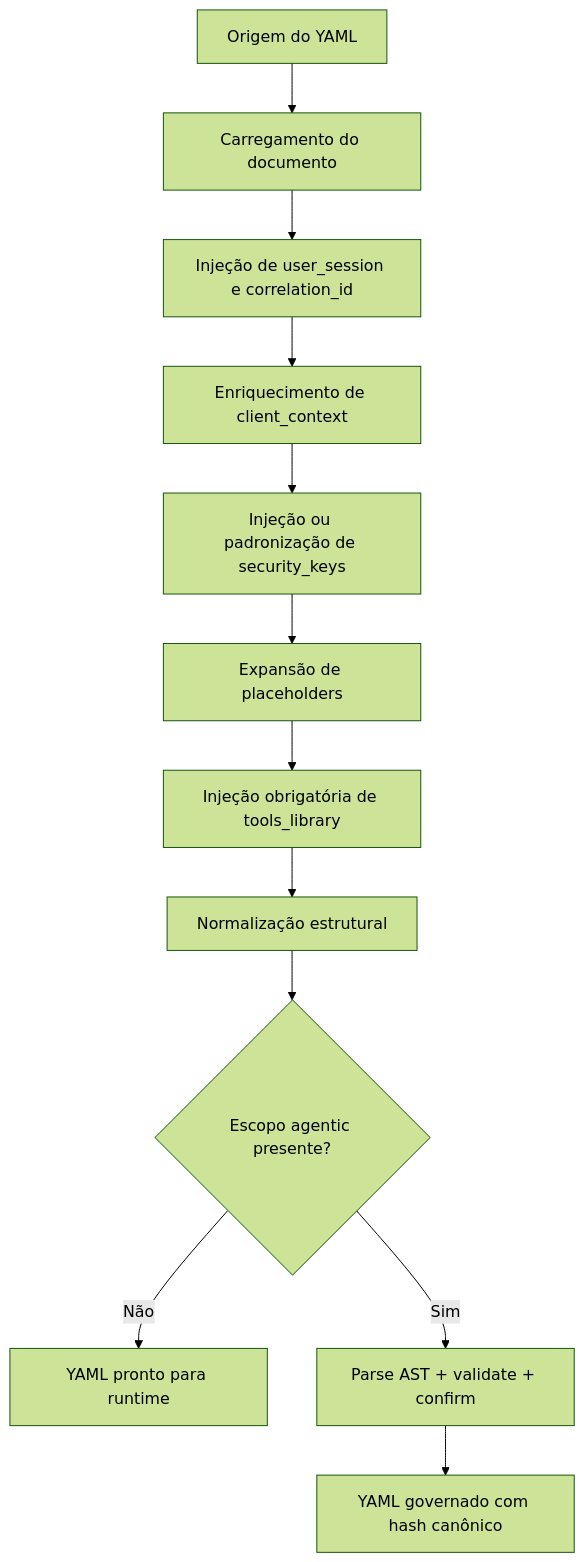
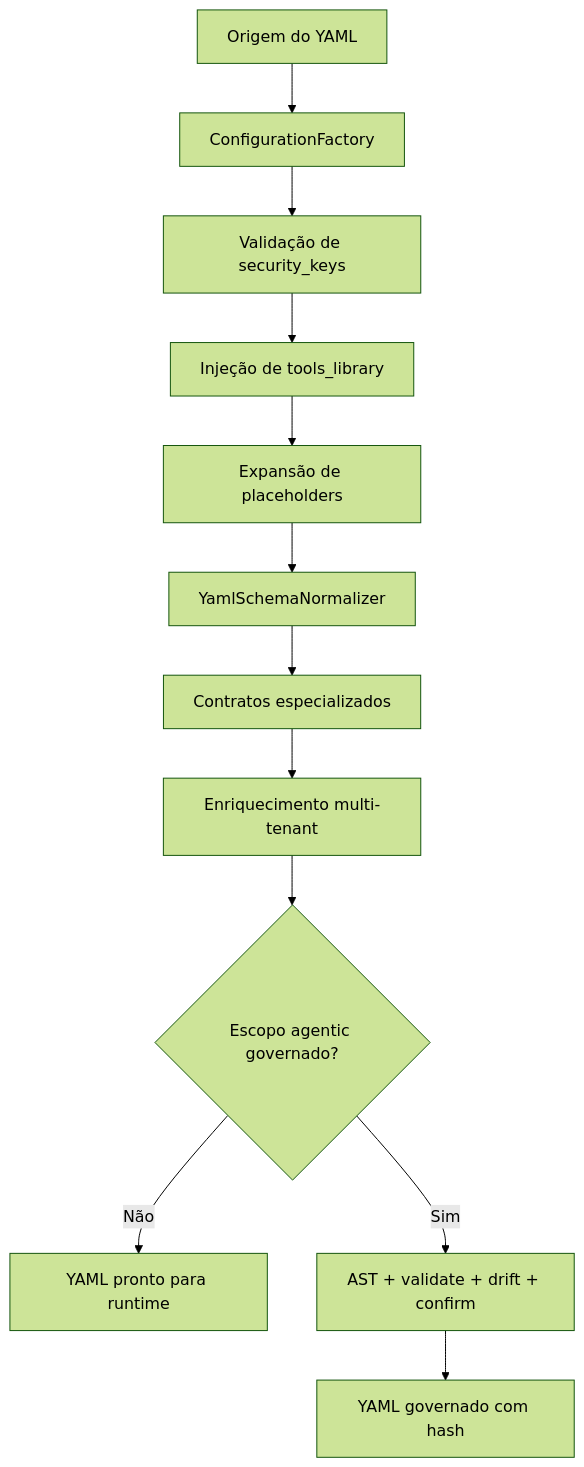
Before and after one commit to MEDIUM-FOOD/linx-food-docs: the first of 2 diagrams in docs/README-CONFIGURACAO-YAML.md, drawn with Mermaid (forest theme). The commit also changed other lines of this file and 18 other files, not shown here.

````diff
--- a/docs/README-CONFIGURACAO-YAML.md
+++ b/docs/README-CONFIGURACAO-YAML.md
@@ -181,14 +484,14 @@
 ```mermaid
 flowchart TD
-    A[Origem do YAML] --> B[Carregamento do documento]
-    B --> C[Injeção de user_session e correlation_id]
-    C --> D[Enriquecimento de client_context]
-    D --> E[Injeção ou padronização de security_keys]
-    E --> F[Expansão de placeholders]
-    F --> G[Injeção obrigatória de tools_library]
-    G --> H[Normalização estrutural]
-    H --> I{Escopo agentic presente?}
+    A[Origem do YAML] --> B[ConfigurationFactory]
+    B --> C[Validação de security_keys]
+    C --> D[Injeção de tools_library]
+    D --> E[Expansão de placeholders]
+    E --> F[YamlSchemaNormalizer]
+    F --> G[Contratos especializados]
+    G --> H[Enriquecimento multi-tenant]
+    H --> I{Escopo agentic governado?}
     I -- Não --> J[YAML pronto para runtime]
-    I -- Sim --> K[Parse AST + validate + confirm]
-    K --> L[YAML governado com hash canônico]
+    I -- Sim --> K[AST + validate + drift + confirm]
+    K --> L[YAML governado com hash]
 ```
````
